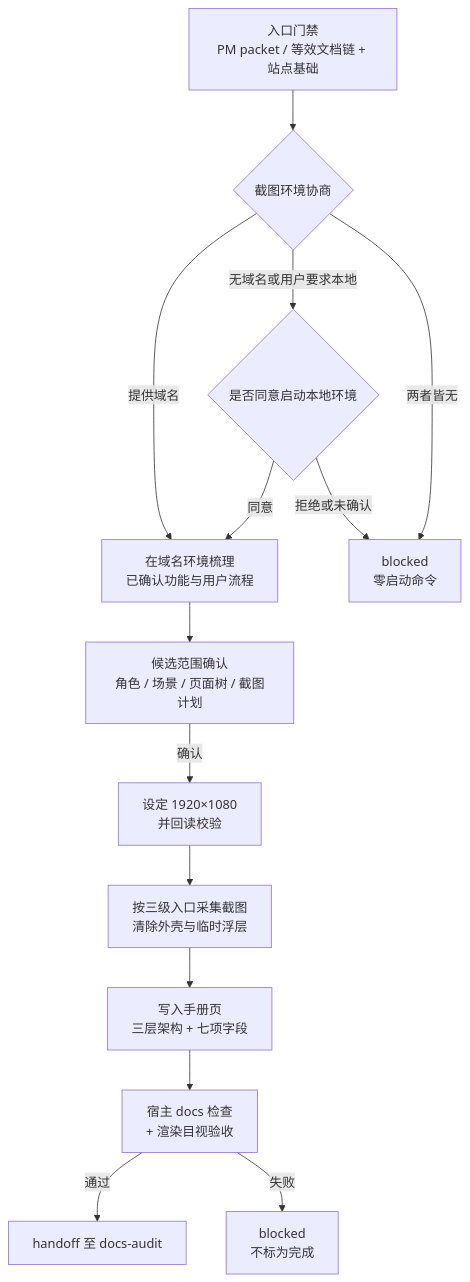
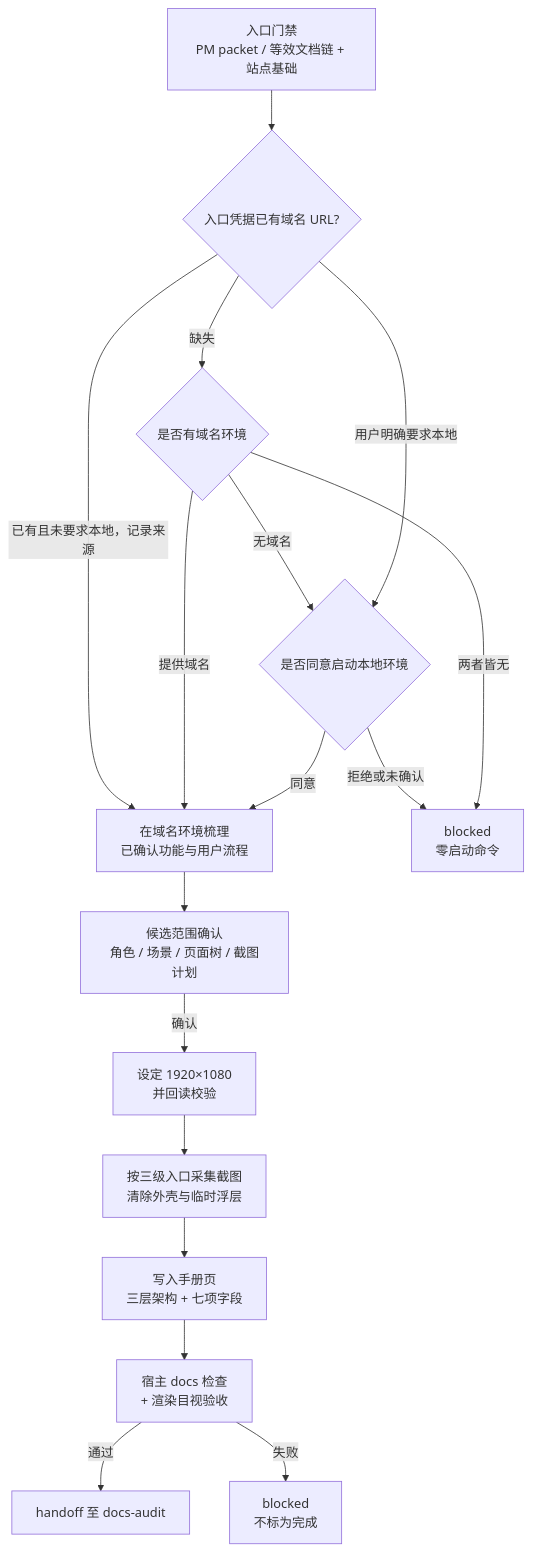
Before and after one commit to Neplich/dev-agent-skills: the diagram in docs/pm/agents/docs-agent/manual-gen/PRD.md, drawn with Mermaid. The commit also changed other lines of this file and 26 other files, not shown here.

````diff
--- a/docs/pm/agents/docs-agent/manual-gen/PRD.md
+++ b/docs/pm/agents/docs-agent/manual-gen/PRD.md
@@ -122,16 +125,19 @@
 ```mermaid
 flowchart TB
-    G["入口门禁<br/>PM packet / 等效文档链 + 站点基础"] --> E{"截图环境协商"}
-    E -->|提供域名| D["在域名环境梳理<br/>已确认功能与用户流程"]
-    E -->|无域名或用户要求本地| L{"是否同意启动本地环境"}
+    G["入口门禁<br/>PM packet / 等效文档链 + 站点基础"] --> E{"入口凭据已有域名 URL?"}
+    E -->|已有且未要求本地，记录来源| D["在域名环境梳理<br/>已确认功能与用户流程"]
+    E -->|缺失| Q{"是否有域名环境"}
+    Q -->|提供域名| D
+    Q -->|无域名| L{"是否同意启动本地环境"}
+    E -->|用户明确要求本地| L
     L -->|同意| D
     L -->|拒绝或未确认| B1["blocked<br/>零启动命令"]
-    E -->|两者皆无| B1
+    Q -->|两者皆无| B1
     D --> S["候选范围确认<br/>角色 / 场景 / 页面树 / 截图计划"]
     S -->|确认| V["设定 1920×1080<br/>并回读校验"]
     V --> C["按三级入口采集截图<br/>清除外壳与临时浮层"]
     C --> W["写入手册页<br/>三层架构 + 七项字段"]
     W --> R["宿主 docs 检查<br/>+ 渲染目视验收"]
     R -->|通过| H["handoff 至 docs-audit"]
     R -->|失败| B2["blocked<br/>不标为完成"]
 ```
````
